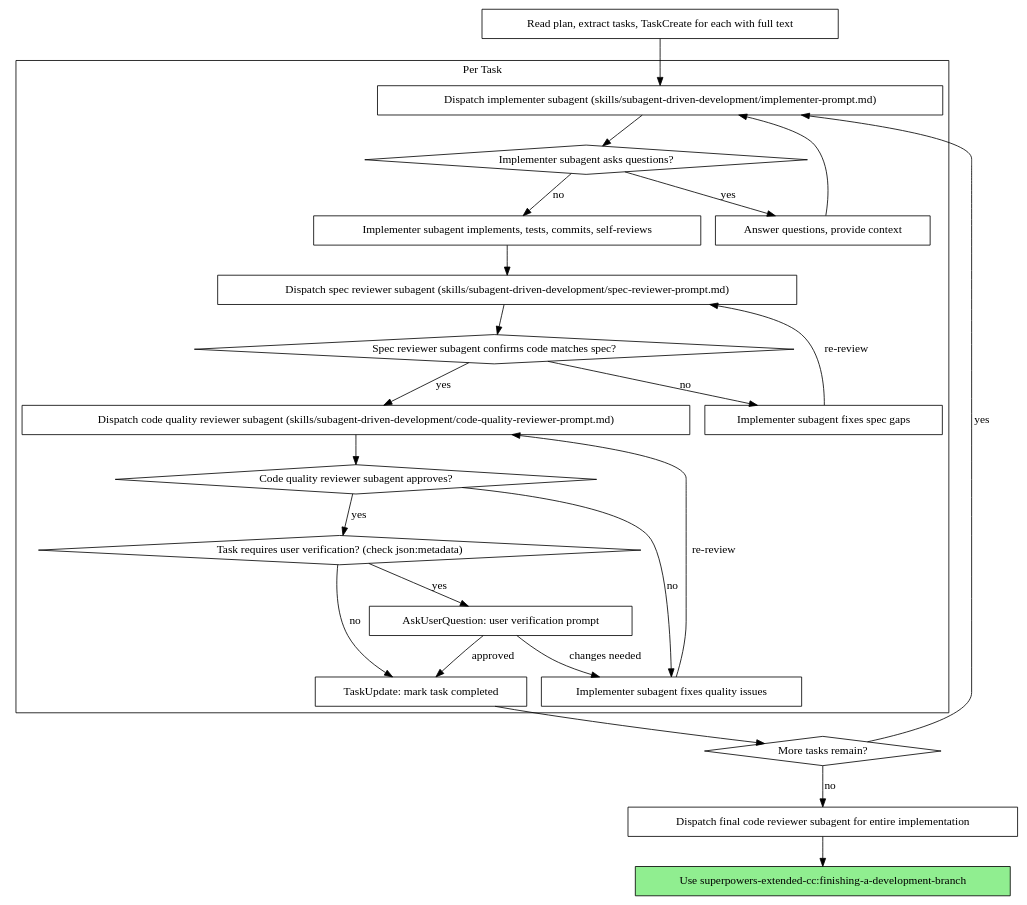
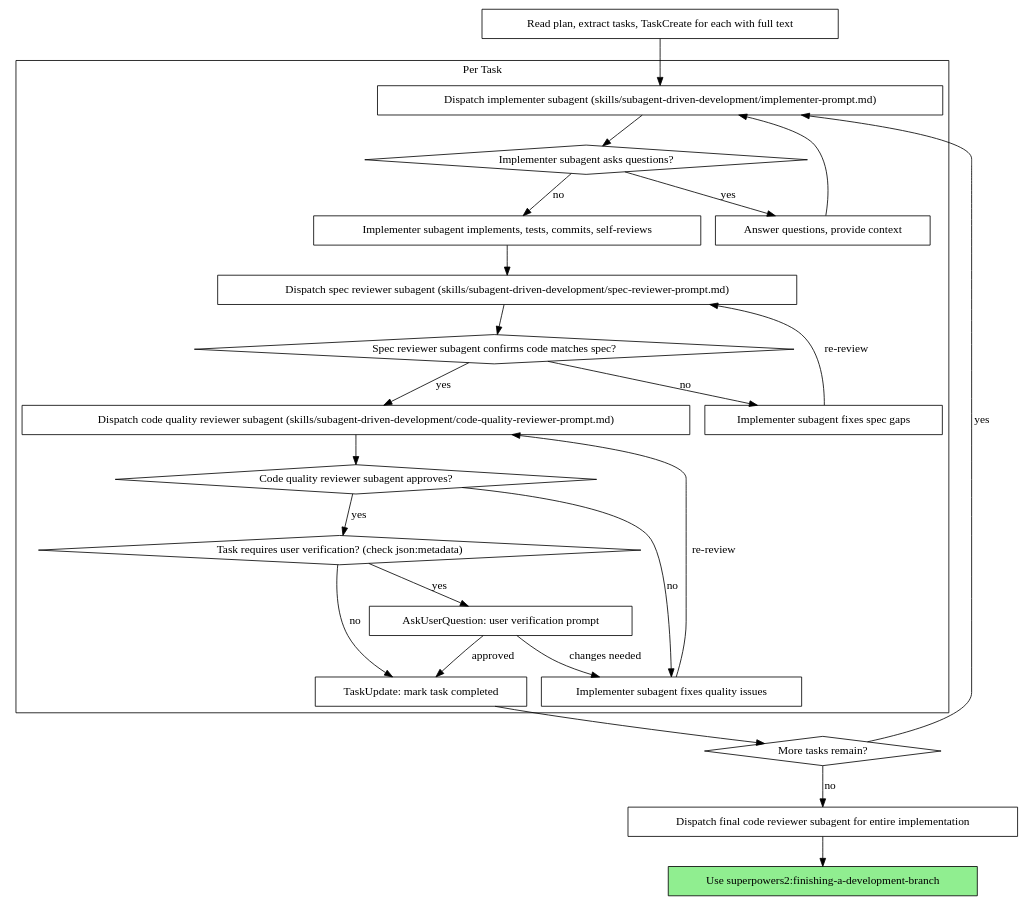
One commit to alxmyth/superpowers changed the second of 2 diagrams in skills/subagent-driven-development/SKILL.md. Above: the diagram before and after it, drawn with Graphviz. The commit also changed other lines of this file and 25 other files, not shown here.

First line of the commit message:
chore: rename plugin from superpowers-extended-cc to superpowers2

````diff
--- a/skills/subagent-driven-development/SKILL.md
+++ b/skills/subagent-driven-development/SKILL.md
@@ -42,50 +42,50 @@
 ```dot
 digraph process {
     rankdir=TB;
 
     subgraph cluster_per_task {
         label="Per Task";
         "Dispatch implementer subagent (skills/subagent-driven-development/implementer-prompt.md)" [shape=box];
         "Implementer subagent asks questions?" [shape=diamond];
         "Answer questions, provide context" [shape=box];
         "Implementer subagent implements, tests, commits, self-reviews" [shape=box];
         "Dispatch spec reviewer subagent (skills/subagent-driven-development/spec-reviewer-prompt.md)" [shape=box];
         "Spec reviewer subagent confirms code matches spec?" [shape=diamond];
         "Implementer subagent fixes spec gaps" [shape=box];
         "Dispatch code quality reviewer subagent (skills/subagent-driven-development/code-quality-reviewer-prompt.md)" [shape=box];
         "Code quality reviewer subagent approves?" [shape=diamond];
         "Implementer subagent fixes quality issues" [shape=box];
         "Task requires user verification? (check json:metadata)" [shape=diamond];
         "AskUserQuestion: user verification prompt" [shape=box];
         "TaskUpdate: mark task completed" [shape=box];
     }
 
     "Read plan, extract tasks, TaskCreate for each with full text" [shape=box];
     "More tasks remain?" [shape=diamond];
     "Dispatch final code reviewer subagent for entire implementation" [shape=box];
-    "Use superpowers-extended-cc:finishing-a-development-branch" [shape=box style=filled fillcolor=lightgreen];
+    "Use superpowers2:finishing-a-development-branch" [shape=box style=filled fillcolor=lightgreen];
 
     "Read plan, extract tasks, TaskCreate for each with full text" -> "Dispatch implementer subagent (skills/subagent-driven-development/implementer-prompt.md)";
     "Dispatch implementer subagent (skills/subagent-driven-development/implementer-prompt.md)" -> "Implementer subagent asks questions?";
     "Implementer subagent asks questions?" -> "Answer questions, provide context" [label="yes"];
     "Answer questions, provide context" -> "Dispatch implementer subagent (skills/subagent-driven-development/implementer-prompt.md)";
     "Implementer subagent asks questions?" -> "Implementer subagent implements, tests, commits, self-reviews" [label="no"];
     "Implementer subagent implements, tests, commits, self-reviews" -> "Dispatch spec reviewer subagent (skills/subagent-driven-development/spec-reviewer-prompt.md)";
     "Dispatch spec reviewer subagent (skills/subagent-driven-development/spec-reviewer-prompt.md)" -> "Spec reviewer subagent confirms code matches spec?";
     "Spec reviewer subagent confirms code matches spec?" -> "Implementer subagent fixes spec gaps" [label="no"];
     "Implementer subagent fixes spec gaps" -> "Dispatch spec reviewer subagent (skills/subagent-driven-development/spec-reviewer-prompt.md)" [label="re-review"];
     "Spec reviewer subagent confirms code matches spec?" -> "Dispatch code quality reviewer subagent (skills/subagent-driven-development/code-quality-reviewer-prompt.md)" [label="yes"];
     "Dispatch code quality reviewer subagent (skills/subagent-driven-development/code-quality-reviewer-prompt.md)" -> "Code quality reviewer subagent approves?";
     "Code quality reviewer subagent approves?" -> "Implementer subagent fixes quality issues" [label="no"];
     "Implementer subagent fixes quality issues" -> "Dispatch code quality reviewer subagent (skills/subagent-driven-development/code-quality-reviewer-prompt.md)" [label="re-review"];
     "Code quality reviewer subagent approves?" -> "Task requires user verification? (check json:metadata)" [label="yes"];
         "Task requires user verification? (check json:metadata)" -> "AskUserQuestion: user verification prompt" [label="yes"];
         "Task requires user verification? (check json:metadata)" -> "TaskUpdate: mark task completed" [label="no"];
         "AskUserQuestion: user verification prompt" -> "TaskUpdate: mark task completed" [label="approved"];
         "AskUserQuestion: user verification prompt" -> "Implementer subagent fixes quality issues" [label="changes needed"];
     "TaskUpdate: mark task completed" -> "More tasks remain?";
     "More tasks remain?" -> "Dispatch implementer subagent (skills/subagent-driven-development/implementer-prompt.md)" [label="yes"];
     "More tasks remain?" -> "Dispatch final code reviewer subagent for entire implementation" [label="no"];
-    "Dispatch final code reviewer subagent for entire implementation" -> "Use superpowers-extended-cc:finishing-a-development-branch";
+    "Dispatch final code reviewer subagent for entire implementation" -> "Use superpowers2:finishing-a-development-branch";
 }
 ```
````
